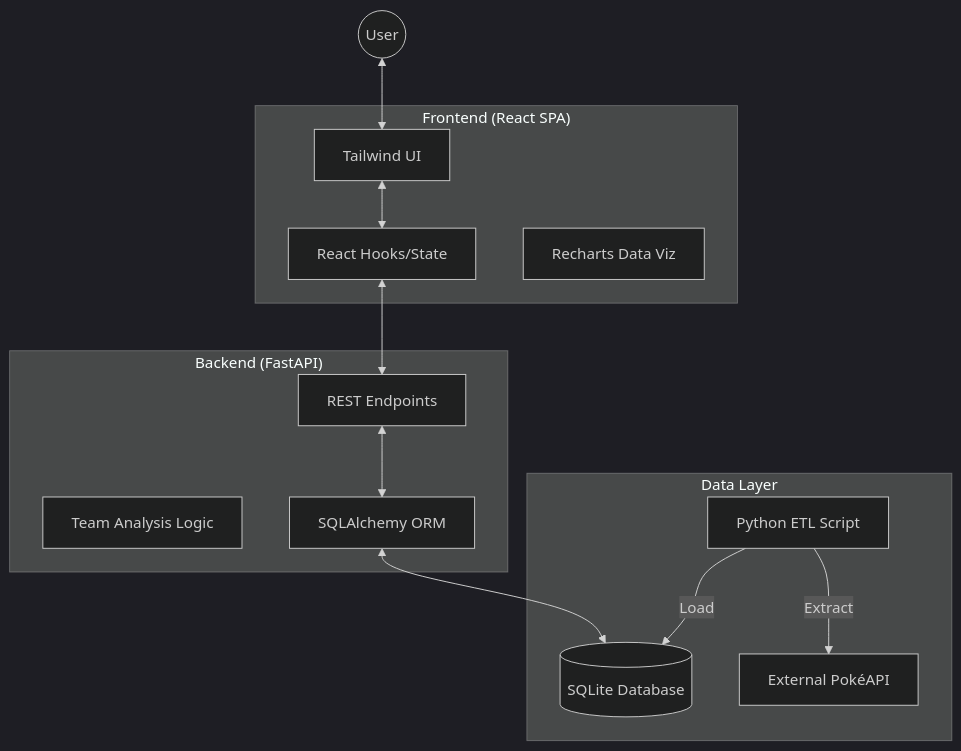
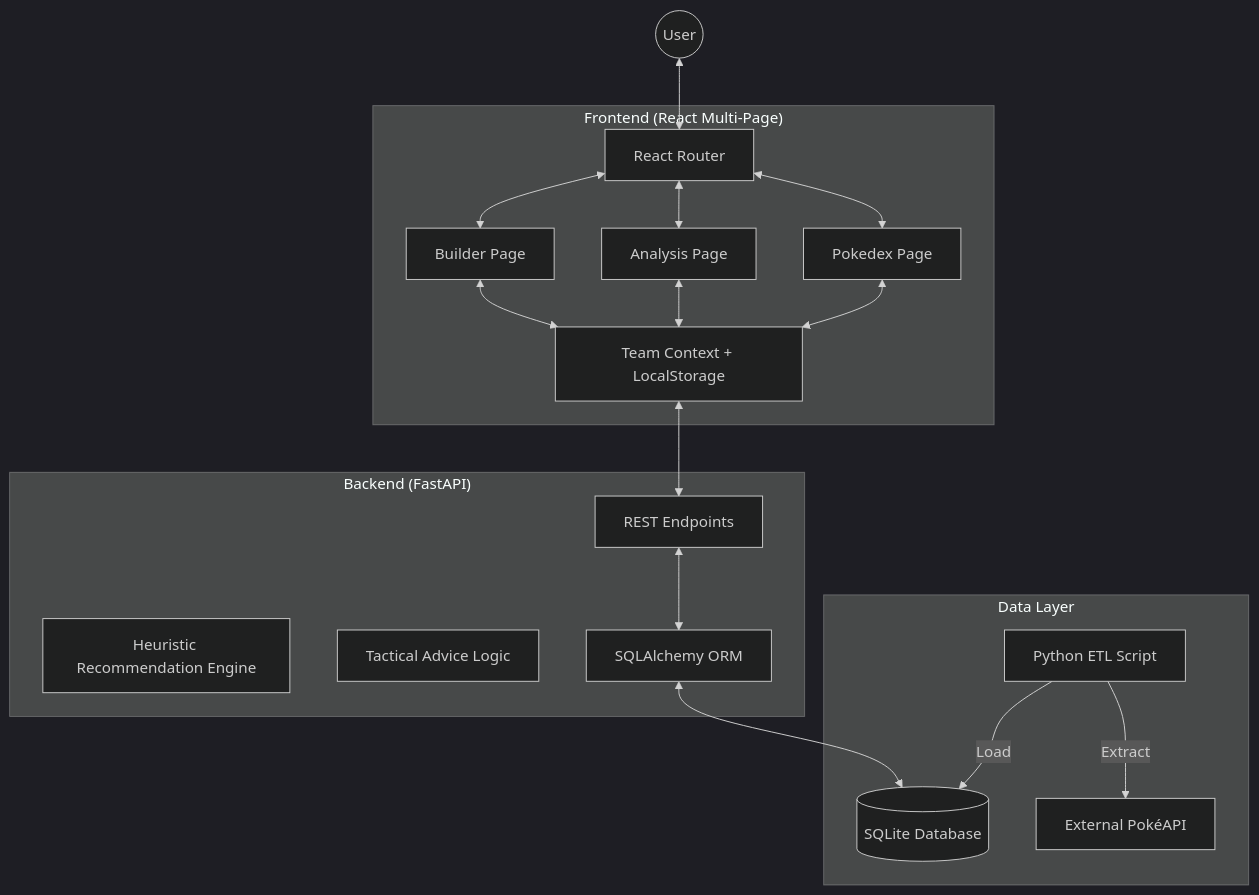
Before and after one commit to krutiktikam/poke-architect: the diagram in ARCHITECTURE.md, drawn with Mermaid (dark theme). The commit also changed other lines of this file and 1 other file, not shown here.

Commit message:
docs: update architecture and v2 plan to reflect latest implementation

````diff
--- a/ARCHITECTURE.md
+++ b/ARCHITECTURE.md
@@ -9,30 +9,34 @@
 ```mermaid
 graph TD
     User((User))
     
-    subgraph "Frontend (React SPA)"
-        UI[Tailwind UI]
-        React[React Hooks/State]
-        Recharts[Recharts Data Viz]
+    subgraph "Frontend (React Multi-Page)"
+        Router[React Router]
+        Context[Team Context + LocalStorage]
+        Builder[Builder Page]
+        Analysis[Analysis Page]
+        Pokedex[Pokedex Page]
     end
     
     subgraph "Backend (FastAPI)"
         API[REST Endpoints]
-        Logic[Team Analysis Logic]
+        Heuristics[Heuristic Recommendation Engine]
+        Tactical[Tactical Advice Logic]
         ORM[SQLAlchemy ORM]
     end
     
     subgraph "Data Layer"
         DB[(SQLite Database)]
         ETL[Python ETL Script]
         PokeAPI[External PokéAPI]
     end
     
-    User <--> UI
-    UI <--> React
-    React <--> API
+    User <--> Router
+    Router <--> Builder & Analysis & Pokedex
+    Builder & Analysis & Pokedex <--> Context
+    Context <--> API
     API <--> ORM
     ORM <--> DB
     ETL -- Extract --> PokeAPI
     ETL -- Load --> DB
 ```
````
